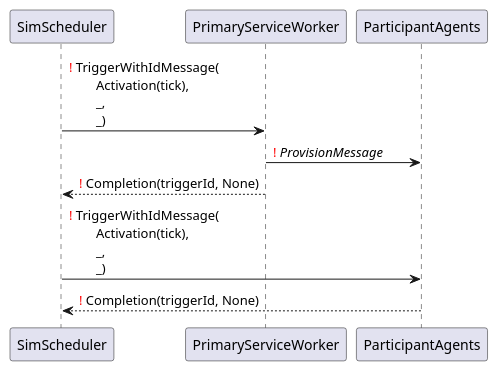
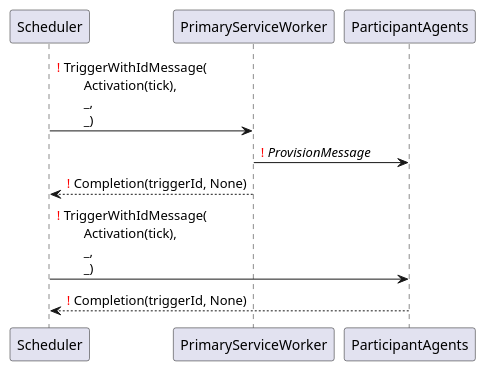
One commit to ie3-institute/simona changed the diagram in docs/uml/protocol/ParticipantTriggeredByPrimaryData.puml. Above: the diagram before and after it, drawn with PlantUML. The commit also changed 3 other files, not shown here.

Commit message:
Changed SimScheduler and MainController to Scheduler and SimonaSim

```diff
--- a/docs/uml/protocol/ParticipantTriggeredByPrimaryData.puml
+++ b/docs/uml/protocol/ParticipantTriggeredByPrimaryData.puml
@@ -1,7 +1,7 @@
 @startuml
-SimScheduler -> PrimaryServiceWorker: <font color=red>!</font> TriggerWithIdMessage(\n\tActivation(tick),\n\t_,\n\t_)
+Scheduler -> PrimaryServiceWorker: <font color=red>!</font> TriggerWithIdMessage(\n\tActivation(tick),\n\t_,\n\t_)
 PrimaryServiceWorker -> ParticipantAgents: <font color=red>!</font> <i>ProvisionMessage</i>
-PrimaryServiceWorker --> SimScheduler: <font color=red>!</font> Completion(triggerId, None)
-SimScheduler -> ParticipantAgents: <font color=red>!</font> TriggerWithIdMessage(\n\tActivation(tick),\n\t_,\n\t_)
-ParticipantAgents --> SimScheduler: <font color=red>!</font> Completion(triggerId, None)
+PrimaryServiceWorker --> Scheduler: <font color=red>!</font> Completion(triggerId, None)
+Scheduler -> ParticipantAgents: <font color=red>!</font> TriggerWithIdMessage(\n\tActivation(tick),\n\t_,\n\t_)
+ParticipantAgents --> Scheduler: <font color=red>!</font> Completion(triggerId, None)
 @enduml
```
